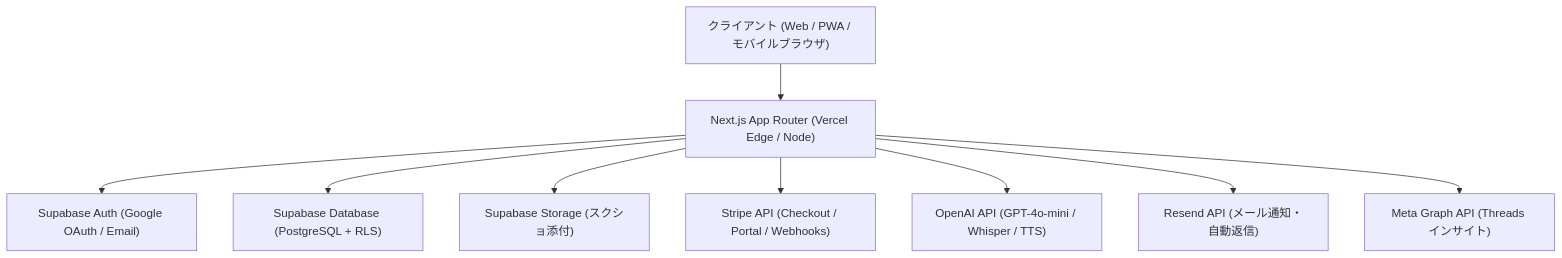
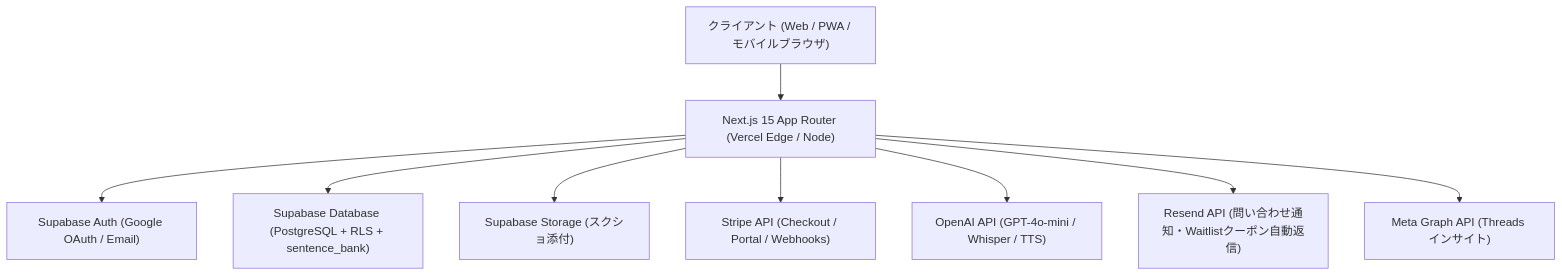
One commit to ic1koala/Shadowlog changed the diagram in management/SYSTEM_SPECIFICATION.md. Above: the diagram before and after it, drawn with Mermaid. The commit also changed other lines of this file and 12 other files, not shown here.

````diff
--- a/management/SYSTEM_SPECIFICATION.md
+++ b/management/SYSTEM_SPECIFICATION.md
@@ -72,11 +82,11 @@
 ```mermaid
 flowchart TD
-    Client["クライアント (Web / PWA / モバイルブラウザ)"] --> NextJS["Next.js App Router (Vercel Edge / Node)"]
+    Client["クライアント (Web / PWA / モバイルブラウザ)"] --> NextJS["Next.js 15 App Router (Vercel Edge / Node)"]
     NextJS --> SupabaseAuth["Supabase Auth (Google OAuth / Email)"]
-    NextJS --> SupabaseDB["Supabase Database (PostgreSQL + RLS)"]
+    NextJS --> SupabaseDB["Supabase Database (PostgreSQL + RLS + sentence_bank)"]
     NextJS --> SupabaseStorage["Supabase Storage (スクショ添付)"]
     NextJS --> StripeAPI["Stripe API (Checkout / Portal / Webhooks)"]
     NextJS --> OpenAI["OpenAI API (GPT-4o-mini / Whisper / TTS)"]
-    NextJS --> Resend["Resend API (メール通知・自動返信)"]
+    NextJS --> Resend["Resend API (問い合わせ通知・Waitlistクーポン自動返信)"]
     NextJS --> ThreadsGraph["Meta Graph API (Threads インサイト)"]
 ```
````
